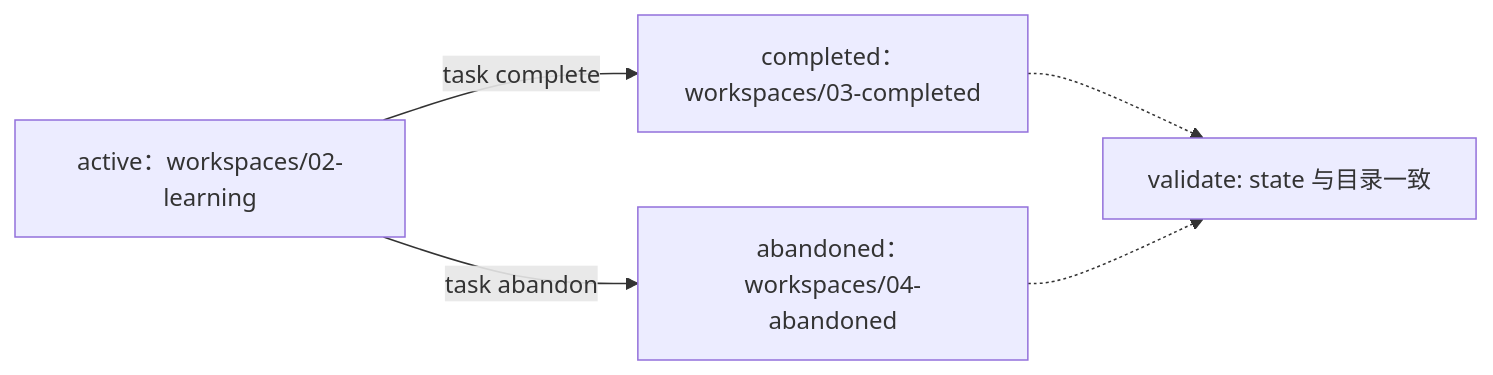
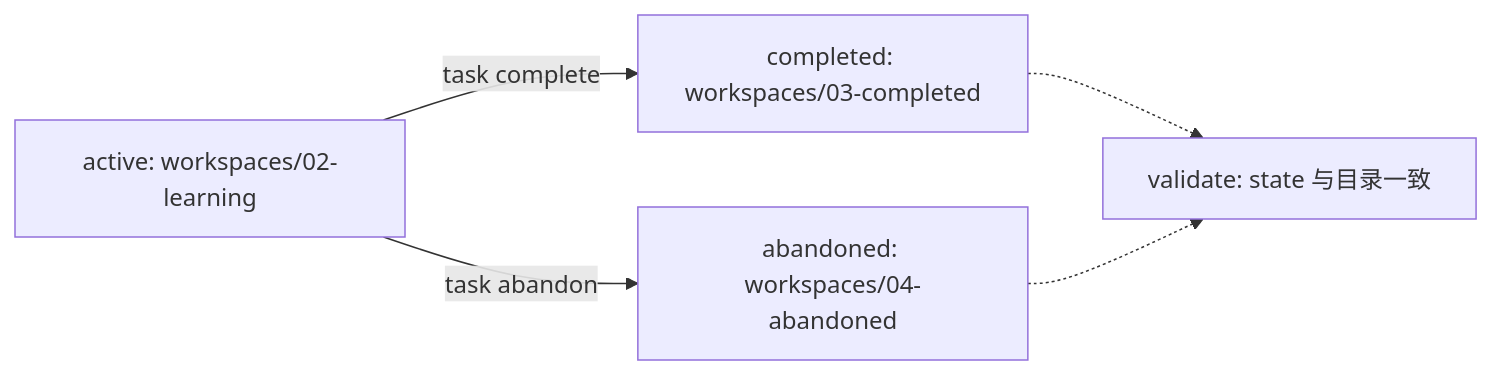
One commit to hedon954/daedalus changed the fourth of 6 diagrams in README.md. Above: the diagram before and after it, drawn with Mermaid. The commit also changed other lines of this file, not shown here.

Commit message:
docs(readme): 更新项目说明与学习模型图

````diff
--- a/README.md
+++ b/README.md
@@ -74,7 +159,7 @@
 ```mermaid
 flowchart LR
-    Active["active：workspaces/02-learning"] -->|"task complete"| Completed["completed：workspaces/03-completed"]
-    Active -->|"task abandon"| Abandoned["abandoned：workspaces/04-abandoned"]
+    Active["active: workspaces/02-learning"] -->|"task complete"| Completed["completed: workspaces/03-completed"]
+    Active -->|"task abandon"| Abandoned["abandoned: workspaces/04-abandoned"]
     Completed -.-> Validate["validate: state 与目录一致"]
     Abandoned -.-> Validate
 ```
````
